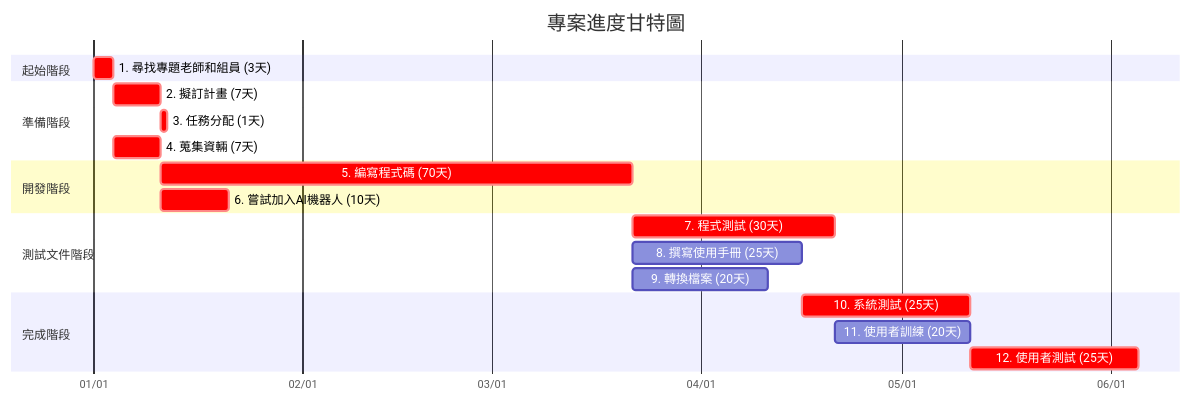
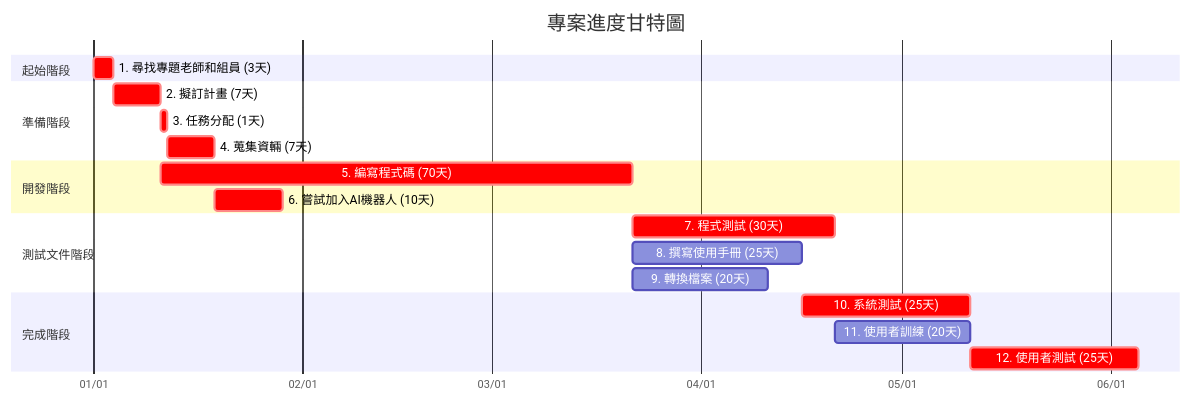
Before and after one commit to c112118202-droid/-: the second of 3 diagrams in hw2.md, drawn with Mermaid.

````diff
--- a/hw2.md
+++ b/hw2.md
@@ -28,28 +28,28 @@
 ```mermaid
 gantt
     title 專案進度甘特圖
     dateFormat YYYY-MM-DD
     axisFormat %m/%d
     
     section 起始階段
     1. 尋找專題老師和組員 (3天)     :crit, m1, 2025-01-01, 3d
     
     section 準備階段
     2. 擬訂計畫 (7天)     :crit, m2, after m1, 7d
     3. 任務分配 (1天)    :crit, m3, after m2, 1d
-    4. 蒐集資輛 (7天)    :crit, m4, after m1, 7d
+    4. 蒐集資輛 (7天)    :crit, m4, after m3, 7d
 
     section 開發階段
     5. 編寫程式碼 (70天)    :crit, m5, after m2, 70d
     6. 嘗試加入AI機器人 (10天)    :crit, m6, after m4, 10d
     
     section 測試文件階段
     7. 程式測試 (30天)    :crit, m7, after m5, 30d
     8. 撰寫使用手冊 (25天) :m8, after m5, 25d
     9. 轉換檔案 (20天)     :m9, after m5, 20d
     
     section 完成階段
     10. 系統測試 (25天)    :crit, m10, after m8, 25d
     11. 使用者訓練 (20天)  :m11, after m7 m8, 20d
     12. 使用者測試 (25天)  :crit, m12, after m9 m10, 25d
 ```
````
